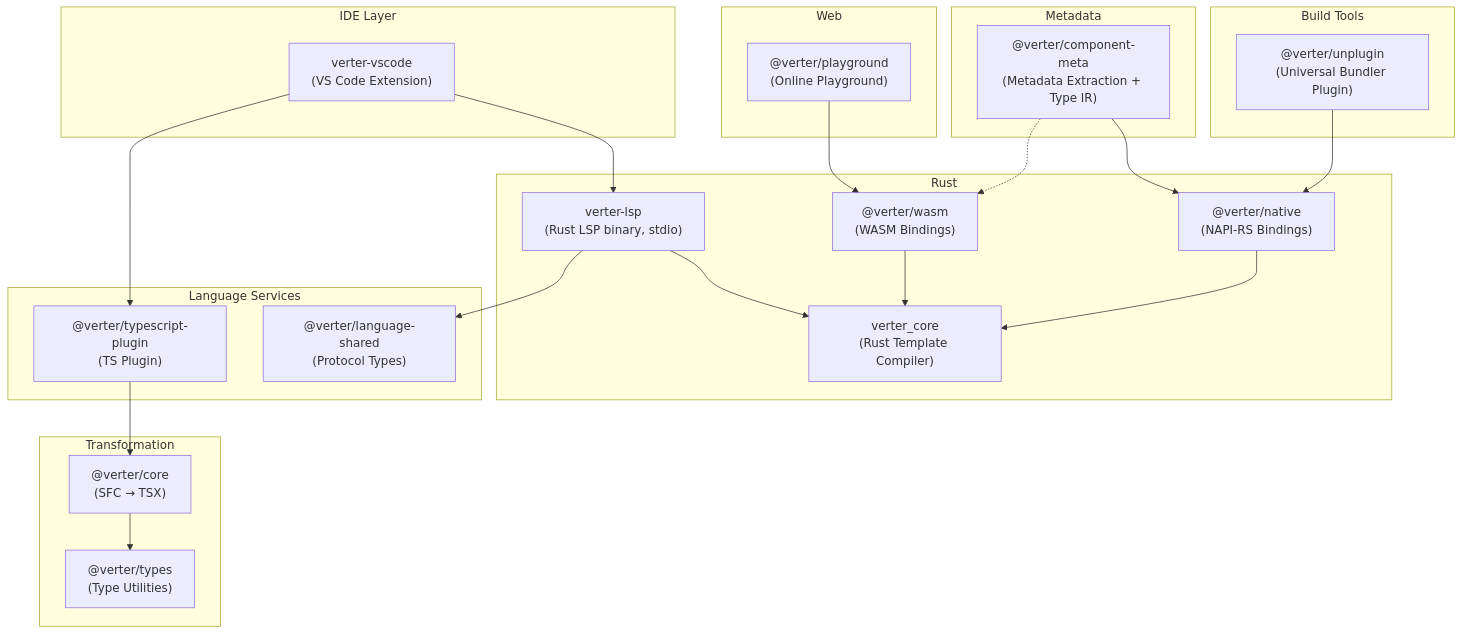
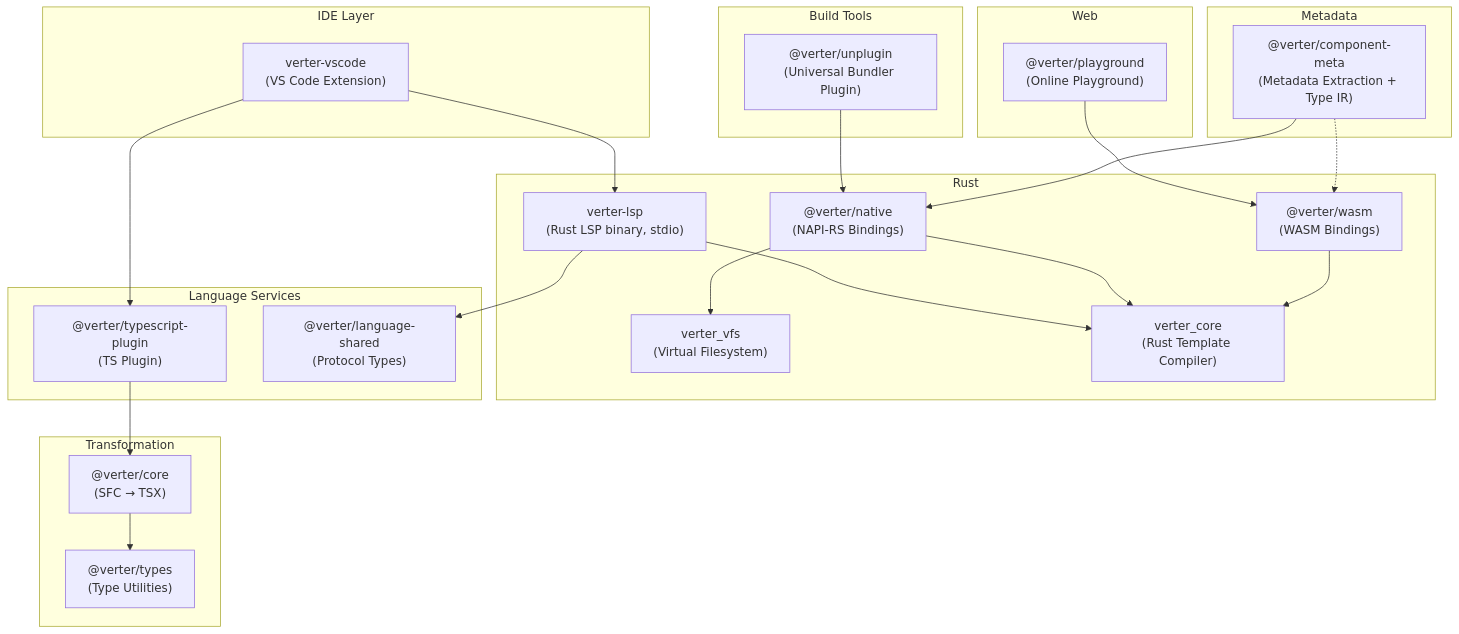
The first of 4 diagrams in docs/guide/architecture.md (pikax/verter), drawn with Mermaid before and after one commit. The commit also changed other lines of this file and 6 other files, not shown here.

First line of the commit message:
docs: document VFS authority architecture

````diff
--- a/docs/guide/architecture.md
+++ b/docs/guide/architecture.md
@@ -11,41 +11,43 @@
 ```mermaid
 graph TB
     subgraph "IDE Layer"
         VSCode["verter-vscode<br/>(VS Code Extension)"]
     end
     subgraph "Rust"
         LSP["verter-lsp<br/>(Rust LSP binary, stdio)"]
         Native["@verter/native<br/>(NAPI-RS Bindings)"]
         WASM["@verter/wasm<br/>(WASM Bindings)"]
+        VFS["verter_vfs<br/>(Virtual Filesystem)"]
         RustCore["verter_core<br/>(Rust Template Compiler)"]
     end
     subgraph "Language Services"
         TSPlugin["@verter/typescript-plugin<br/>(TS Plugin)"]
         Shared["@verter/language-shared<br/>(Protocol Types)"]
     end
     subgraph "Transformation"
         Core["@verter/core<br/>(SFC → TSX)"]
         Types["@verter/types<br/>(Type Utilities)"]
     end
     subgraph "Build Tools"
         Unplugin["@verter/unplugin<br/>(Universal Bundler Plugin)"]
     end
     subgraph "Metadata"
         ComponentMeta["@verter/component-meta<br/>(Metadata Extraction + Type IR)"]
     end
     subgraph "Web"
         Playground["@verter/playground<br/>(Online Playground)"]
     end
     VSCode --> LSP
     VSCode --> TSPlugin
     LSP --> RustCore
     LSP --> Shared
     TSPlugin --> Core
     Core --> Types
+    Native --> VFS
     Native --> RustCore
     WASM --> RustCore
     Unplugin --> Native
     Playground --> WASM
     ComponentMeta --> Native
     ComponentMeta -.-> WASM
 ```
````
